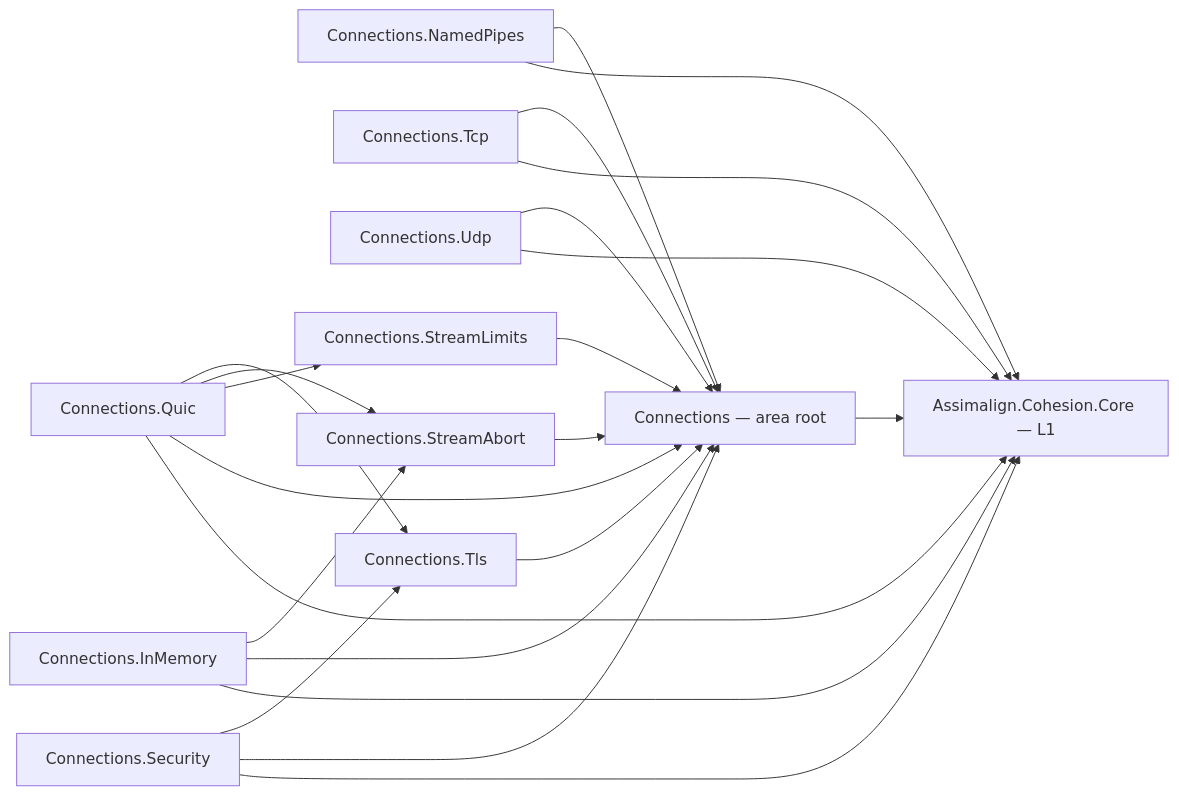
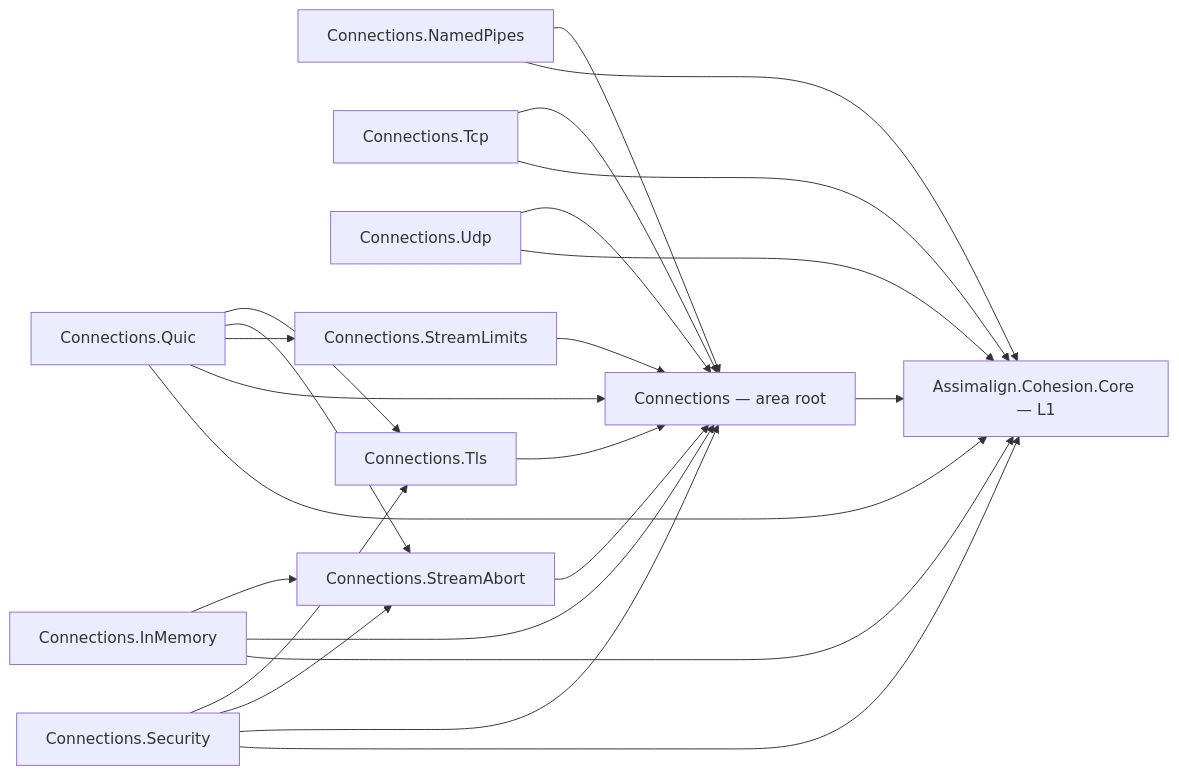
One commit to assimalign/cohesion changed the diagram in libraries/Connections/README.md. Above: the diagram before and after it, drawn with Mermaid. The commit also changed other lines of this file and 6 other files, not shown here.

````diff
--- a/libraries/Connections/README.md
+++ b/libraries/Connections/README.md
@@ -12,35 +12,36 @@
 ```mermaid
 flowchart LR
     P0["Connections — area root"]
     P1["Connections.InMemory"]
     P2["Connections.NamedPipes"]
     P3["Connections.Quic"]
     P4["Connections.Security"]
     P5["Connections.Tcp"]
     P6["Connections.Udp"]
     TLS["Connections.Tls"]
     ABORT["Connections.StreamAbort"]
     LIMITS["Connections.StreamLimits"]
     CORE["Assimalign.Cohesion.Core — L1"]
     TLS --> P0
     ABORT --> P0
     LIMITS --> P0
     P1 --> ABORT
     P3 --> TLS
     P3 --> ABORT
     P3 --> LIMITS
     P4 --> TLS
+    P4 --> ABORT
     P0 --> CORE
     P1 --> P0
     P1 --> CORE
     P2 --> P0
     P2 --> CORE
     P3 --> P0
     P3 --> CORE
     P4 --> P0
     P4 --> CORE
     P5 --> P0
     P5 --> CORE
     P6 --> P0
     P6 --> CORE
 ```
````
